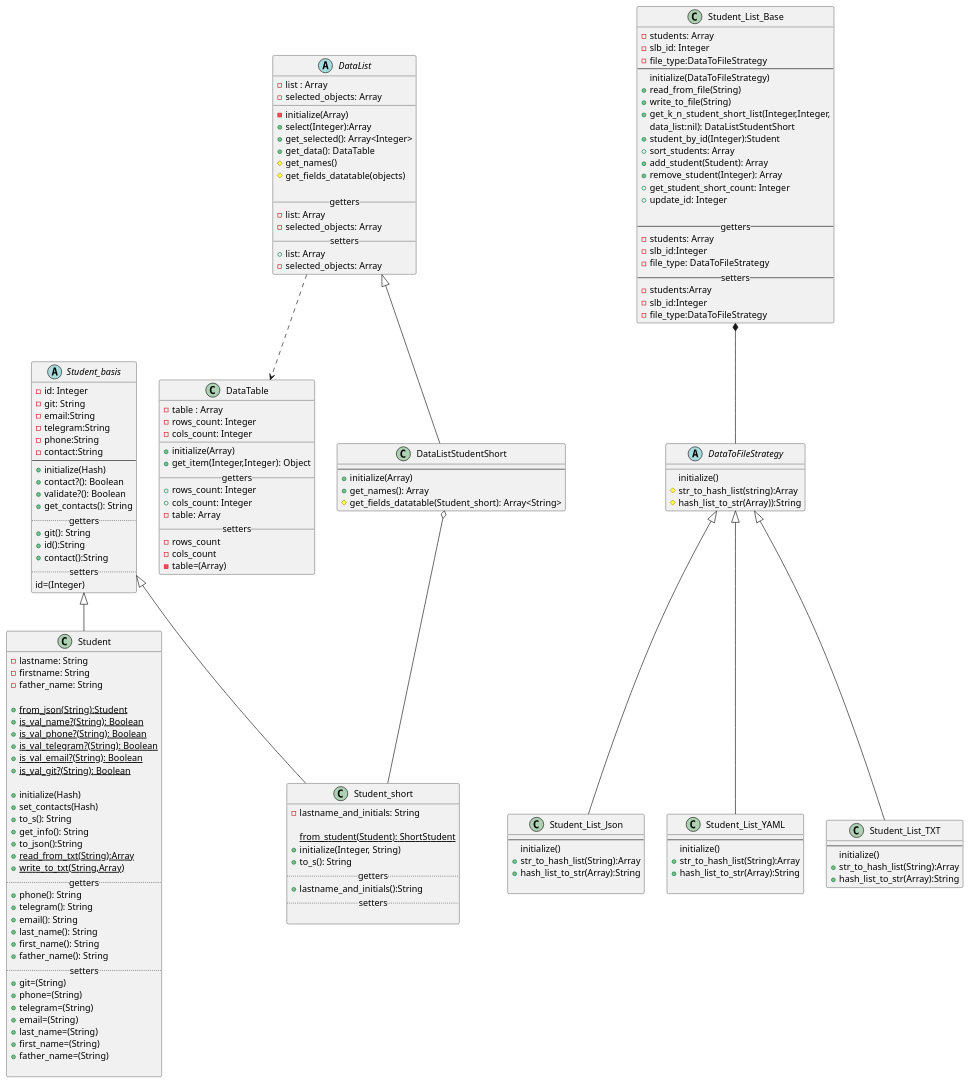
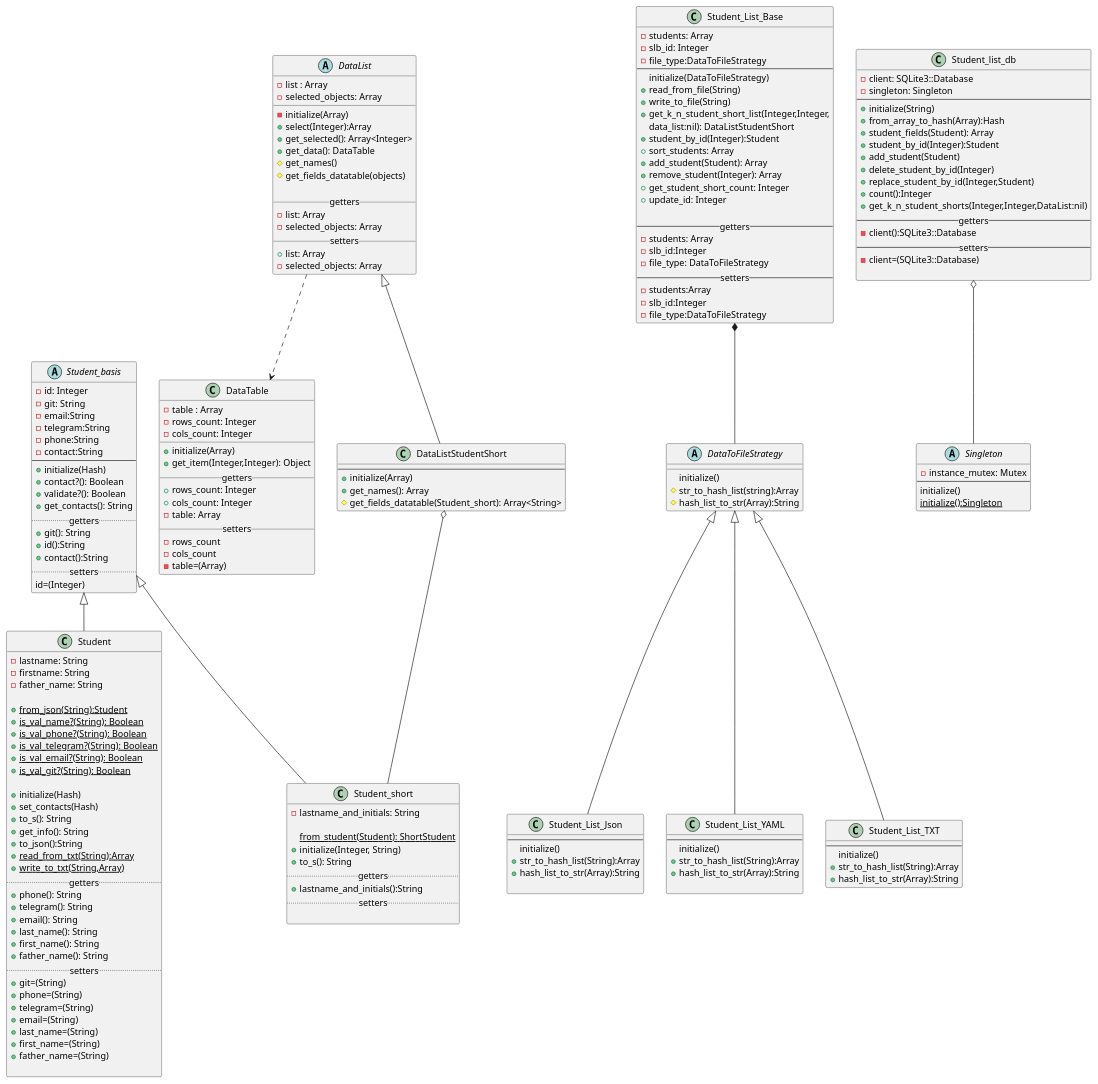
One commit to ColdEiler/pattern changed the diagram in lab2/diagrams/student_diagrams.puml. Above: the diagram before and after it, drawn with PlantUML. The commit also changed 1 other file, not shown here.

```diff
--- a/lab2/diagrams/student_diagrams.puml
+++ b/lab2/diagrams/student_diagrams.puml
@@ -145,7 +145,7 @@
 abstract class DataToFileStrategy{
     initialize()
     #str_to_hash_list(string):Array
-    #hash_list_to_str(Array)):String
+    #hash_list_to_str(Array):String
 }
 
 class Student_List_Json extends DataToFileStrategy{
@@ -171,4 +171,33 @@
     +hash_list_to_str(Array):String
 }
 Student_List_Base *-- DataToFileStrategy
+
+abstract class Singleton {
+    -instance_mutex: Mutex
+    --
+    initialize()
+    {static}initialize():Singleton
+}
+
+class Student_list_db{
+    -client: SQLite3::Database
+    -singleton: Singleton
+    --
+    +initialize(String)
+    +from_array_to_hash(Array):Hash
+    +student_fields(Student): Array
+    +student_by_id(Integer):Student
+    +add_student(Student)
+    +delete_student_by_id(Integer)
+    +replace_student_by_id(Integer,Student)
+    +count():Integer
+    +get_k_n_student_shorts(Integer,Integer,DataList:nil)
+    --getters--
+    -client():SQLite3::Database
+    --setters--
+    -client=(SQLite3::Database)    
+
+}
+Student_list_db o-- Singleton
+
 @enduml
```
